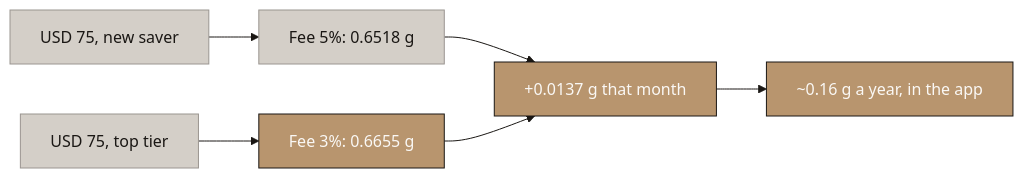
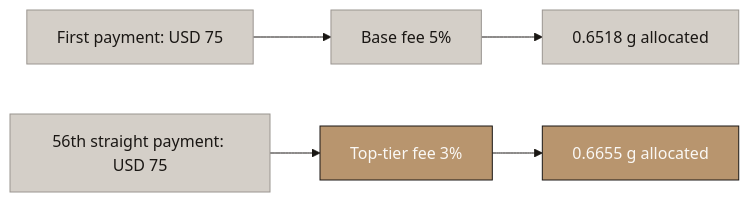
The third of 7 diagrams in deliverables/2-mechanism-design/Aurumix_Process_Maps_ICS_Benefits.md (Abdsys/Aurumix), drawn with Mermaid before and after one commit. The commit also changed other lines of this file, not shown here.

Commit message:
Rework map 1b: the record separates the lanes, not just the rate
First payment versus 56th straight payment, identical USD 75. The
behaviour that earned the tier is now in the node text, and the delta
moved to the callout.

````diff
--- a/deliverables/2-mechanism-design/Aurumix_Process_Maps_ICS_Benefits.md
+++ b/deliverables/2-mechanism-design/Aurumix_Process_Maps_ICS_Benefits.md
@@ -121,27 +121,26 @@
 ```mermaid
 %%{init: {'theme': 'base', 'themeVariables': {
     'primaryColor': '#B8956E',
     'primaryTextColor': '#1A1714',
     'primaryBorderColor': '#1A1714',
     'lineColor': '#1A1714',
     'secondaryColor': '#FAF8F5',
     'tertiaryColor': '#D4CFC8',
     'fontFamily': 'Libre Franklin, sans-serif',
     'edgeLabelBackground': '#D4CFC8',
     'clusterBkg': '#FAF8F5',
     'clusterBorder': '#B8956E'
 }}}%%
 graph LR
-    A["USD 75, new saver"] --> B["Fee 5%: 0.6518 g"]
-    C["USD 75, top tier"] --> D["Fee 3%: 0.6655 g"]
-    B --> E["+0.0137 g that month"]
-    D --> E
-    E --> F["~0.16 g a year, in the app"]
+    A["First payment: USD 75"] --> B["Base fee 5%"]
+    B --> C["0.6518 g allocated"]
+    D["56th straight payment: USD 75"] --> E["Top-tier fee 3%"]
+    E --> F["0.6655 g allocated"]
 
     style A fill:#D4CFC8,stroke:#9A9590,color:#1A1714
     style B fill:#D4CFC8,stroke:#9A9590,color:#1A1714
     style C fill:#D4CFC8,stroke:#9A9590,color:#1A1714
-    style D fill:#B8956E,stroke:#1A1714,color:#FAF8F5
+    style D fill:#D4CFC8,stroke:#9A9590,color:#1A1714
     style E fill:#B8956E,stroke:#1A1714,color:#FAF8F5
     style F fill:#B8956E,stroke:#1A1714,color:#FAF8F5
 ```
````
